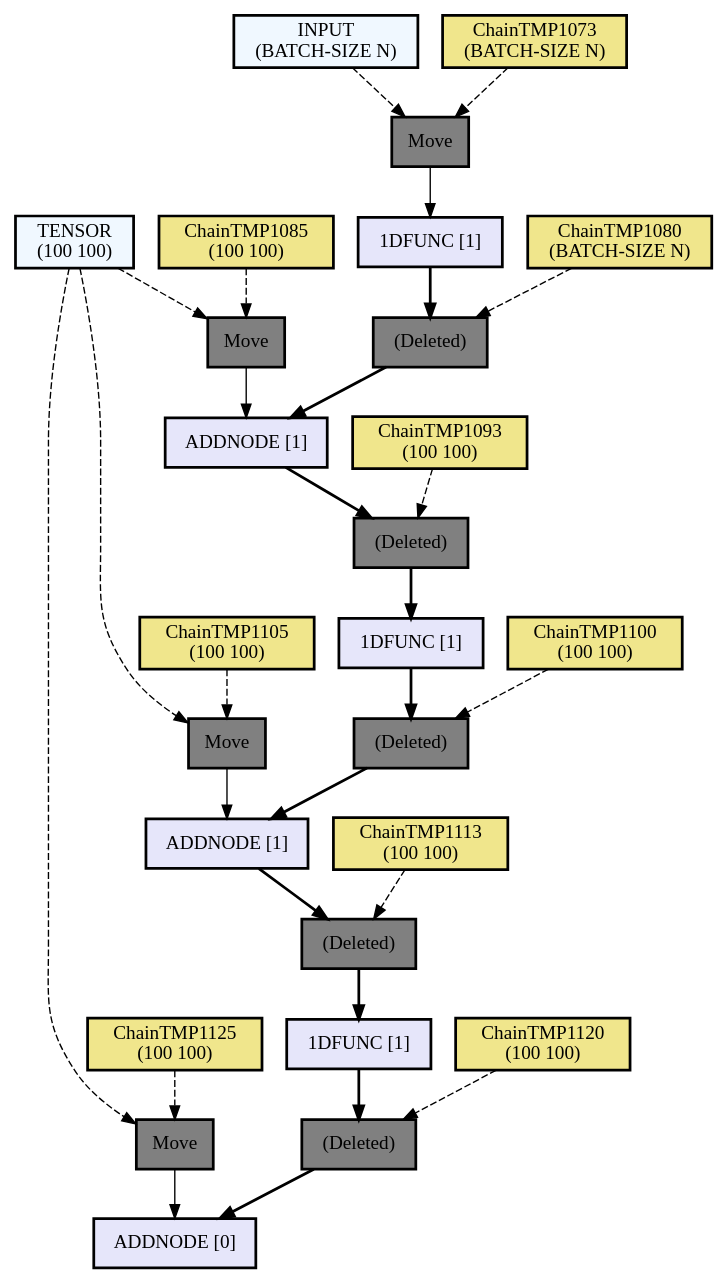
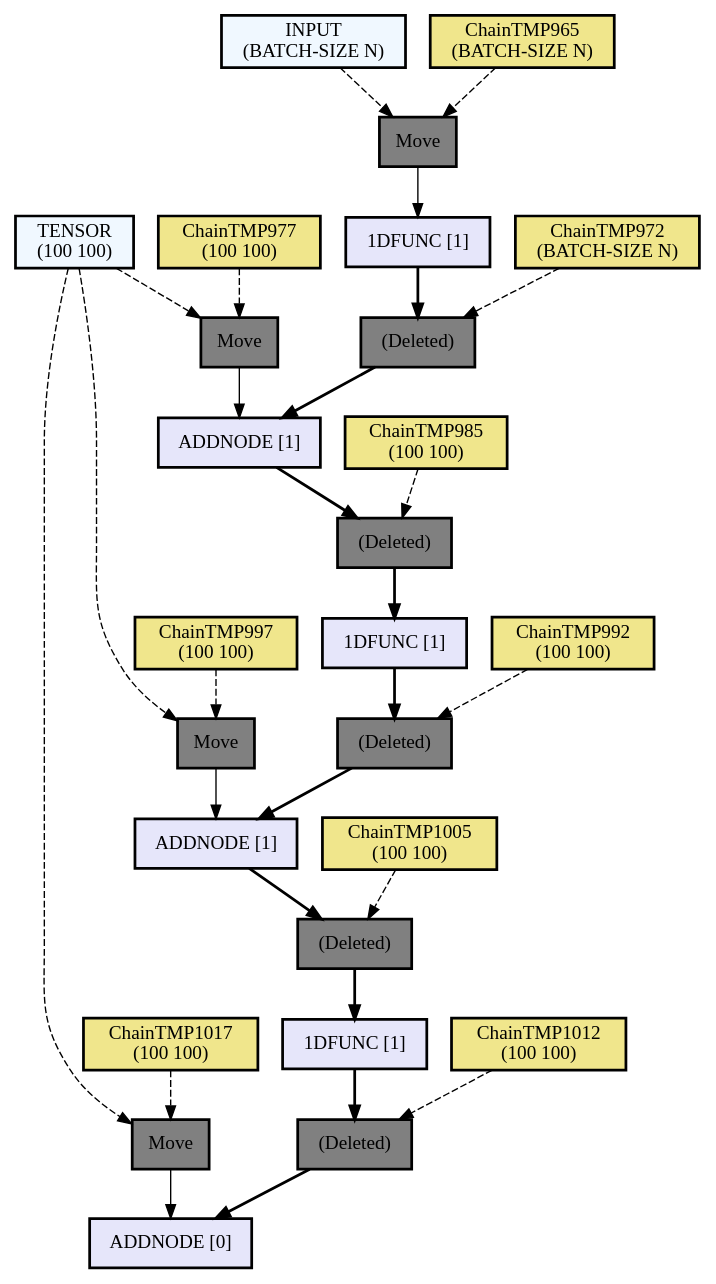
The diagram in assets/out1.dot (hikettei/cl-waffe2), drawn with Graphviz before and after one commit. The commit also changed 12 other files, not shown here.

```diff
--- a/assets/out1.dot
+++ b/assets/out1.dot
@@ -1,71 +1,71 @@
 digraph computation_node {
   node[shape="box" style="filled" color="black" penwidth="2"];
   TENSOR [label = "TENSOR
 (100 100)" fillcolor="#f0f8ff" style="filled, solid"];
-  ChainTMP1125 [label = "ChainTMP1125
+  ChainTMP1017 [label = "ChainTMP1017
 (100 100)" fillcolor="#f0e68c" style="filled, solid"];
-  NODE1169 [label = "Move" fillcolor="gray" style="filled, solid"];
+  NODE1061 [label = "Move" fillcolor="gray" style="filled, solid"];
   TENSOR [label = "TENSOR
 (100 100)" fillcolor="#f0f8ff" style="filled, solid"];
-  ChainTMP1105 [label = "ChainTMP1105
+  ChainTMP997 [label = "ChainTMP997
 (100 100)" fillcolor="#f0e68c" style="filled, solid"];
-  NODE1166 [label = "Move" fillcolor="gray" style="filled, solid"];
+  NODE1058 [label = "Move" fillcolor="gray" style="filled, solid"];
   TENSOR [label = "TENSOR
 (100 100)" fillcolor="#f0f8ff" style="filled, solid"];
-  ChainTMP1085 [label = "ChainTMP1085
+  ChainTMP977 [label = "ChainTMP977
 (100 100)" fillcolor="#f0e68c" style="filled, solid"];
-  NODE1163 [label = "Move" fillcolor="gray" style="filled, solid"];
+  NODE1055 [label = "Move" fillcolor="gray" style="filled, solid"];
   INPUT [label = "INPUT
 (BATCH-SIZE N)" fillcolor="#f0f8ff" style="filled, solid"];
-  ChainTMP1073 [label = "ChainTMP1073
+  ChainTMP965 [label = "ChainTMP965
 (BATCH-SIZE N)" fillcolor="#f0e68c" style="filled, solid"];
-  NODE1160 [label = "Move" fillcolor="gray" style="filled, solid"];
-  NODE1159 [label = "1DFUNC [1]" fillcolor="#e6e6fa" style="filled, solid"];
-  ChainTMP1080 [label = "ChainTMP1080
+  NODE1052 [label = "Move" fillcolor="gray" style="filled, solid"];
+  NODE1051 [label = "1DFUNC [1]" fillcolor="#e6e6fa" style="filled, solid"];
+  ChainTMP972 [label = "ChainTMP972
 (BATCH-SIZE N)" fillcolor="#f0e68c" style="filled, solid"];
-  NODE1157 [label = "(Deleted)" fillcolor="gray" style="filled, solid"];
-  NODE1156 [label = "ADDNODE [1]" fillcolor="#e6e6fa" style="filled, solid"];
-  ChainTMP1093 [label = "ChainTMP1093
+  NODE1049 [label = "(Deleted)" fillcolor="gray" style="filled, solid"];
+  NODE1048 [label = "ADDNODE [1]" fillcolor="#e6e6fa" style="filled, solid"];
+  ChainTMP985 [label = "ChainTMP985
 (100 100)" fillcolor="#f0e68c" style="filled, solid"];
-  NODE1154 [label = "(Deleted)" fillcolor="gray" style="filled, solid"];
-  NODE1153 [label = "1DFUNC [1]" fillcolor="#e6e6fa" style="filled, solid"];
-  ChainTMP1100 [label = "ChainTMP1100
+  NODE1046 [label = "(Deleted)" fillcolor="gray" style="filled, solid"];
+  NODE1045 [label = "1DFUNC [1]" fillcolor="#e6e6fa" style="filled, solid"];
+  ChainTMP992 [label = "ChainTMP992
 (100 100)" fillcolor="#f0e68c" style="filled, solid"];
-  NODE1151 [label = "(Deleted)" fillcolor="gray" style="filled, solid"];
-  NODE1150 [label = "ADDNODE [1]" fillcolor="#e6e6fa" style="filled, solid"];
-  ChainTMP1113 [label = "ChainTMP1113
+  NODE1043 [label = "(Deleted)" fillcolor="gray" style="filled, solid"];
+  NODE1042 [label = "ADDNODE [1]" fillcolor="#e6e6fa" style="filled, solid"];
+  ChainTMP1005 [label = "ChainTMP1005
 (100 100)" fillcolor="#f0e68c" style="filled, solid"];
-  NODE1148 [label = "(Deleted)" fillcolor="gray" style="filled, solid"];
-  NODE1147 [label = "1DFUNC [1]" fillcolor="#e6e6fa" style="filled, solid"];
-  ChainTMP1120 [label = "ChainTMP1120
+  NODE1040 [label = "(Deleted)" fillcolor="gray" style="filled, solid"];
+  NODE1039 [label = "1DFUNC [1]" fillcolor="#e6e6fa" style="filled, solid"];
+  ChainTMP1012 [label = "ChainTMP1012
 (100 100)" fillcolor="#f0e68c" style="filled, solid"];
-  NODE1145 [label = "(Deleted)" fillcolor="gray" style="filled, solid"];
-  NODE1144 [label = "ADDNODE [0]" fillcolor="#e6e6fa" style="filled, solid"];
-  NODE1145 -> NODE1144[penwidth="2"];
-  ChainTMP1120 -> NODE1145[style="dashed"];
-  NODE1147 -> NODE1145[penwidth="2"];
-  NODE1148 -> NODE1147[penwidth="2"];
-  ChainTMP1113 -> NODE1148[style="dashed"];
-  NODE1150 -> NODE1148[penwidth="2"];
-  NODE1151 -> NODE1150[penwidth="2"];
-  ChainTMP1100 -> NODE1151[style="dashed"];
-  NODE1153 -> NODE1151[penwidth="2"];
-  NODE1154 -> NODE1153[penwidth="2"];
-  ChainTMP1093 -> NODE1154[style="dashed"];
-  NODE1156 -> NODE1154[penwidth="2"];
-  NODE1157 -> NODE1156[penwidth="2"];
-  ChainTMP1080 -> NODE1157[style="dashed"];
-  NODE1159 -> NODE1157[penwidth="2"];
-  NODE1160 -> NODE1159[weight=10];
-  ChainTMP1073 -> NODE1160[style="dashed"];
-  INPUT -> NODE1160[style="dashed"];
-  NODE1163 -> NODE1156[weight=10];
-  ChainTMP1085 -> NODE1163[style="dashed"];
-  TENSOR -> NODE1163[style="dashed"];
-  NODE1166 -> NODE1150[weight=10];
-  ChainTMP1105 -> NODE1166[style="dashed"];
-  TENSOR -> NODE1166[style="dashed"];
-  NODE1169 -> NODE1144[weight=10];
-  ChainTMP1125 -> NODE1169[style="dashed"];
-  TENSOR -> NODE1169[style="dashed"];
+  NODE1037 [label = "(Deleted)" fillcolor="gray" style="filled, solid"];
+  NODE1036 [label = "ADDNODE [0]" fillcolor="#e6e6fa" style="filled, solid"];
+  NODE1037 -> NODE1036[penwidth="2"];
+  ChainTMP1012 -> NODE1037[style="dashed"];
+  NODE1039 -> NODE1037[penwidth="2"];
+  NODE1040 -> NODE1039[penwidth="2"];
+  ChainTMP1005 -> NODE1040[style="dashed"];
+  NODE1042 -> NODE1040[penwidth="2"];
+  NODE1043 -> NODE1042[penwidth="2"];
+  ChainTMP992 -> NODE1043[style="dashed"];
+  NODE1045 -> NODE1043[penwidth="2"];
+  NODE1046 -> NODE1045[penwidth="2"];
+  ChainTMP985 -> NODE1046[style="dashed"];
+  NODE1048 -> NODE1046[penwidth="2"];
+  NODE1049 -> NODE1048[penwidth="2"];
+  ChainTMP972 -> NODE1049[style="dashed"];
+  NODE1051 -> NODE1049[penwidth="2"];
+  NODE1052 -> NODE1051[weight=10];
+  ChainTMP965 -> NODE1052[style="dashed"];
+  INPUT -> NODE1052[style="dashed"];
+  NODE1055 -> NODE1048[weight=10];
+  ChainTMP977 -> NODE1055[style="dashed"];
+  TENSOR -> NODE1055[style="dashed"];
+  NODE1058 -> NODE1042[weight=10];
+  ChainTMP997 -> NODE1058[style="dashed"];
+  TENSOR -> NODE1058[style="dashed"];
+  NODE1061 -> NODE1036[weight=10];
+  ChainTMP1017 -> NODE1061[style="dashed"];
+  TENSOR -> NODE1061[style="dashed"];
 }
```
